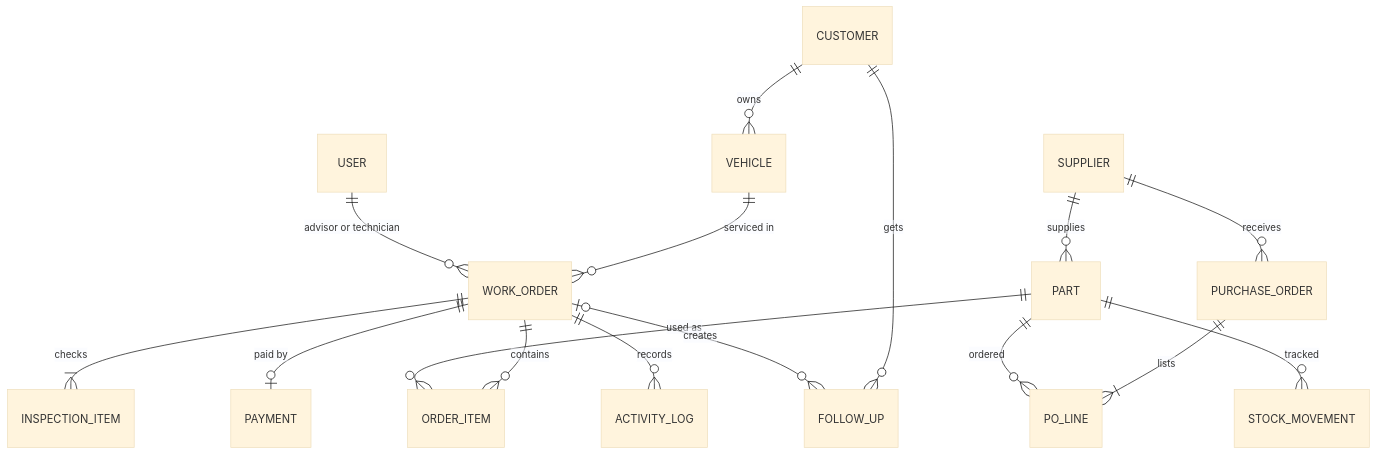
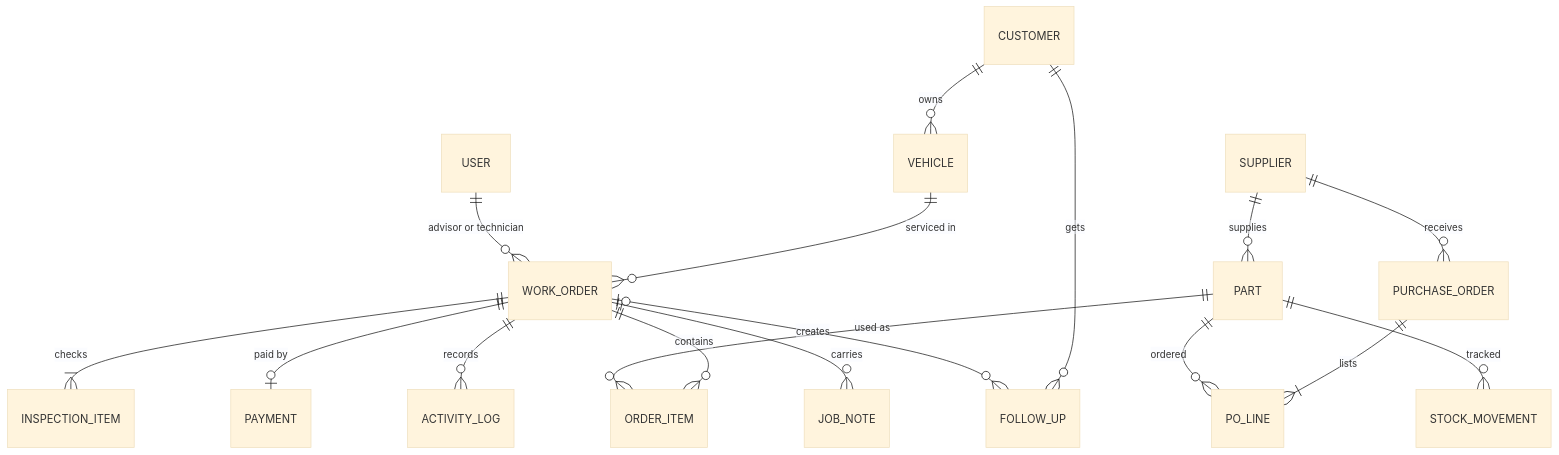
The diagram in docs/DATA_MODEL.md (YapSeng98/NEXAUTO), drawn with Mermaid (base theme) before and after one commit. The commit also changed other lines of this file and 10 other files, not shown here.

````diff
--- a/docs/DATA_MODEL.md
+++ b/docs/DATA_MODEL.md
@@ -5,18 +5,19 @@
 ```mermaid
 erDiagram
   CUSTOMER ||--o{ VEHICLE : owns
   VEHICLE ||--o{ WORK_ORDER : "serviced in"
   USER ||--o{ WORK_ORDER : "advisor or technician"
   WORK_ORDER ||--|{ INSPECTION_ITEM : checks
   WORK_ORDER ||--o{ ORDER_ITEM : contains
   WORK_ORDER ||--o| PAYMENT : "paid by"
   WORK_ORDER ||--o{ ACTIVITY_LOG : records
+  WORK_ORDER ||--o{ JOB_NOTE : carries
   PART ||--o{ ORDER_ITEM : "used as"
   SUPPLIER ||--o{ PART : supplies
   SUPPLIER ||--o{ PURCHASE_ORDER : receives
   PURCHASE_ORDER ||--|{ PO_LINE : lists
   PART ||--o{ PO_LINE : ordered
   PART ||--o{ STOCK_MOVEMENT : tracked
   CUSTOMER ||--o{ FOLLOW_UP : gets
   WORK_ORDER |o--o{ FOLLOW_UP : creates
 ```
````
